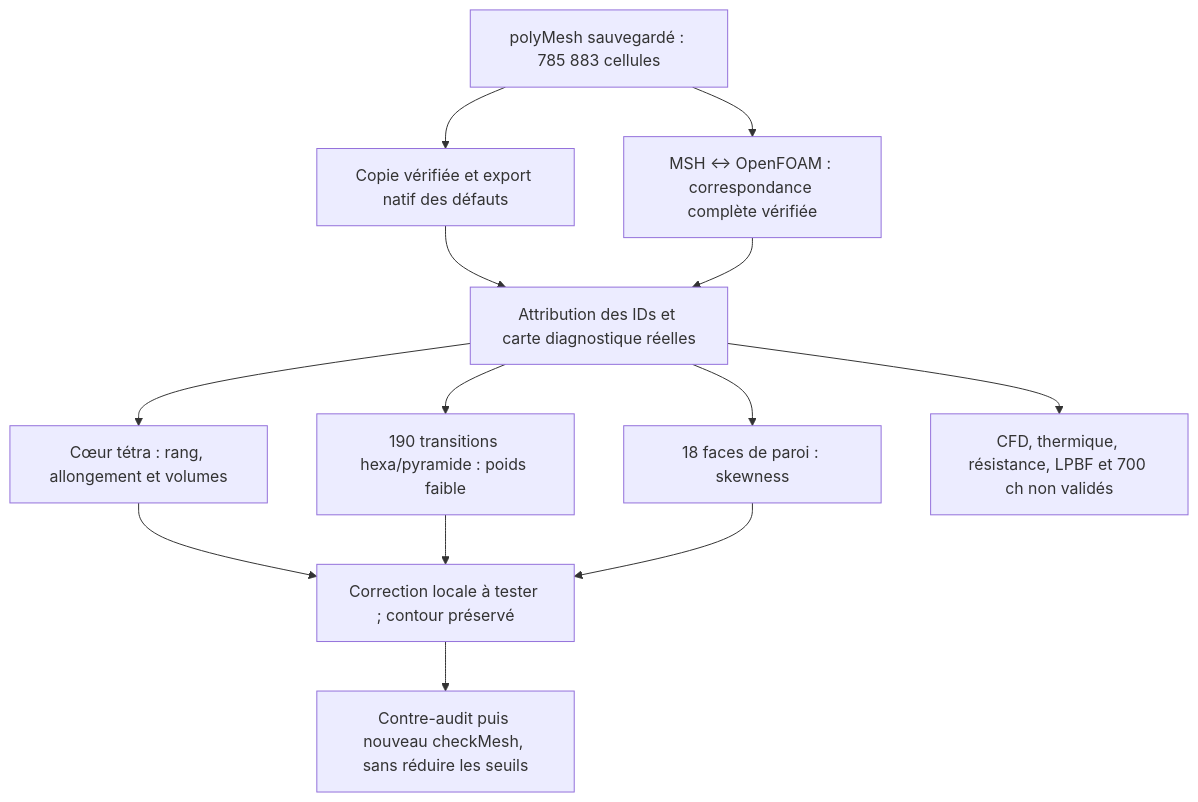
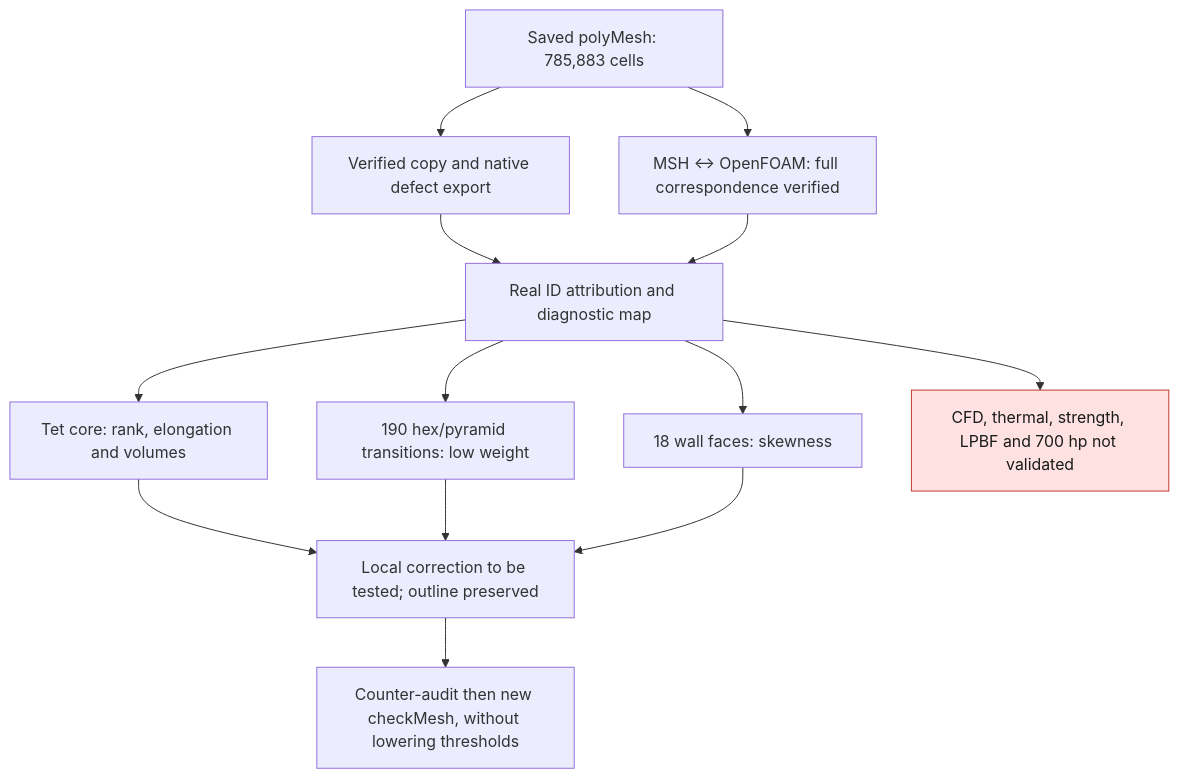
The diagram in docs/reports/M64_DEFECT_LOCALISATION_20260909.md (cluster2600/porscheparts), drawn with Mermaid before and after one commit. The commit also changed other lines of this file and 228 other files, not shown here.

````diff
--- a/docs/reports/M64_DEFECT_LOCALISATION_20260909.md
+++ b/docs/reports/M64_DEFECT_LOCALISATION_20260909.md
@@ -111,15 +111,17 @@
 ```mermaid
 flowchart TD
-    A["polyMesh sauvegardé : 785 883 cellules"] --> B["Copie vérifiée et export natif des défauts"]
-    A --> C["MSH ↔ OpenFOAM : correspondance complète vérifiée"]
-    B --> D["Attribution des IDs et carte diagnostique réelles"]
+    A["Saved polyMesh: 785,883 cells"] --> B["Verified copy and native defect export"]
+    A --> C["MSH ↔ OpenFOAM: full correspondence verified"]
+    B --> D["Real ID attribution and diagnostic map"]
     C --> D
-    D --> E["Cœur tétra : rang, allongement et volumes"]
-    D --> F["190 transitions hexa/pyramide : poids faible"]
-    D --> G["18 faces de paroi : skewness"]
-    E --> H["Correction locale à tester ; contour préservé"]
+    D --> E["Tet core: rank, elongation and volumes"]
+    D --> F["190 hex/pyramid transitions: low weight"]
+    D --> G["18 wall faces: skewness"]
+    E --> H["Local correction to be tested; outline preserved"]
     F --> H
     G --> H
-    H --> I["Contre-audit puis nouveau checkMesh, sans réduire les seuils"]
-    D --> J["CFD, thermique, résistance, LPBF et 700 ch non validés"]
+    H --> I["Counter-audit then new checkMesh, without lowering thresholds"]
+    D --> J["CFD, thermal, strength, LPBF and 700 hp not validated"]
+    classDef stop fill:#fde2e1,stroke:#c0392b,color:#1a1a1a;
+    class J stop;
 ```
````
